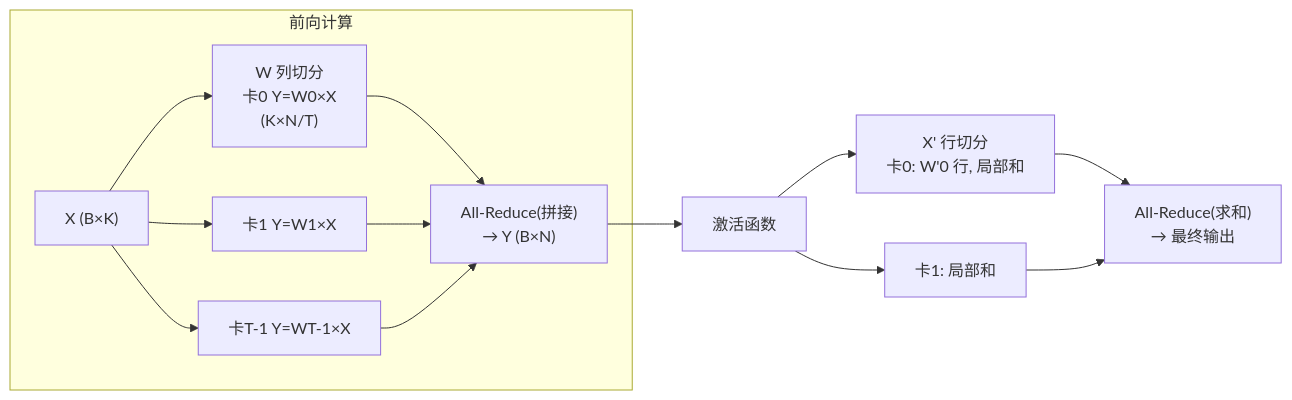
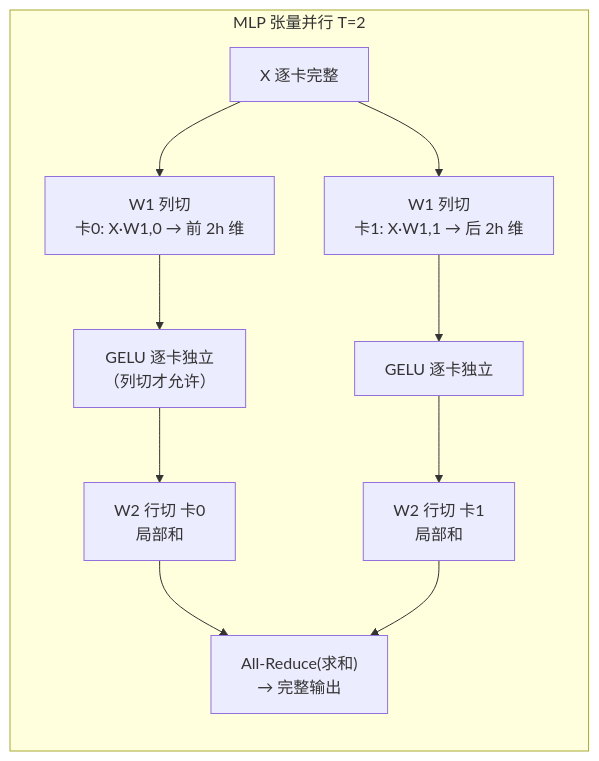
Before and after one commit to lrypcy/lrypcy.github.io: the third of 5 diagrams in _posts/2026-08-31-dist-train-03-tensor-parallel.md, drawn with Mermaid. The commit also changed other lines of this file and 4 other files, not shown here.

````diff
--- a/_posts/2026-08-31-dist-train-03-tensor-parallel.md
+++ b/_posts/2026-08-31-dist-train-03-tensor-parallel.md
@@ -22,16 +101,13 @@
 ```mermaid
 flowchart LR
-    subgraph 前向计算
-        A["X (B×K)"] --> B0["W 列切分<br>卡0 Y=W0×X<br>(K×N/T)"]
-        A --> B1["卡1 Y=W1×X"]
-        A --> B2["卡T-1 Y=WT-1×X"]
-        B0 --> C["All-Reduce(拼接)<br>→ Y (B×N)"]
-        B1 --> C
-        B2 --> C
+    subgraph "MLP 张量并行 T=2"
+        A["X 逐卡完整"] --> B0["W1 列切<br>卡0: X·W1,0 → 前 2h 维"]
+        A --> B1["W1 列切<br>卡1: X·W1,1 → 后 2h 维"]
+        B0 --> C0["GELU 逐卡独立<br>（列切才允许）"]
+        B1 --> C1["GELU 逐卡独立"]
+        C0 --> E0["W2 行切 卡0<br>局部和"]
+        C1 --> E1["W2 行切 卡1<br>局部和"]
+        E0 --> F["All-Reduce(求和)<br>→ 完整输出"]
+        E1 --> F
     end
-    C --> D["激活函数"]
-    D --> E0["X' 行切分<br>卡0: W'0 行, 局部和"]
-    D --> E1["卡1: 局部和"]
-    E0 --> F["All-Reduce(求和)<br>→ 最终输出"]
-    E1 --> F
 ```
````
